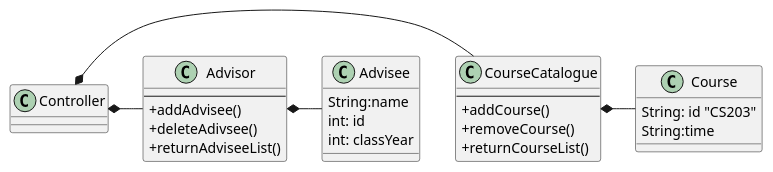
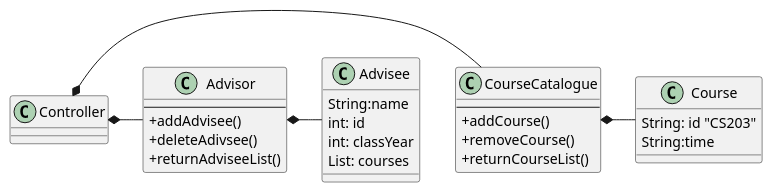
One commit to Jofosu/professor-student-advising-app changed the diagram in Doc/class-diagram.puml. Above: the diagram before and after it, drawn with PlantUML.

Commit message:
minor update to class diagram

```diff
--- a/Doc/class-diagram.puml
+++ b/Doc/class-diagram.puml
@@ -1,34 +1,35 @@
 @startuml
 skinparam classAttributeIconSize 0
 
 class CourseCatalogue{
 --
 +addCourse()
 +removeCourse()
 +returnCourseList()
 }
 
 class Course{
 String: id "CS203"
 String:time
 }
 
 class Advisor{
 --
 +addAdvisee()
 +deleteAdivsee()
 +returnAdviseeList()
 }
 
 class Advisee{
 String:name
 int: id
 int: classYear
+List: courses
 }
 
 CourseCatalogue *- Course
 Advisor *- Advisee
 Controller *- CourseCatalogue
 Controller *- Advisor
 
 @enduml
```
